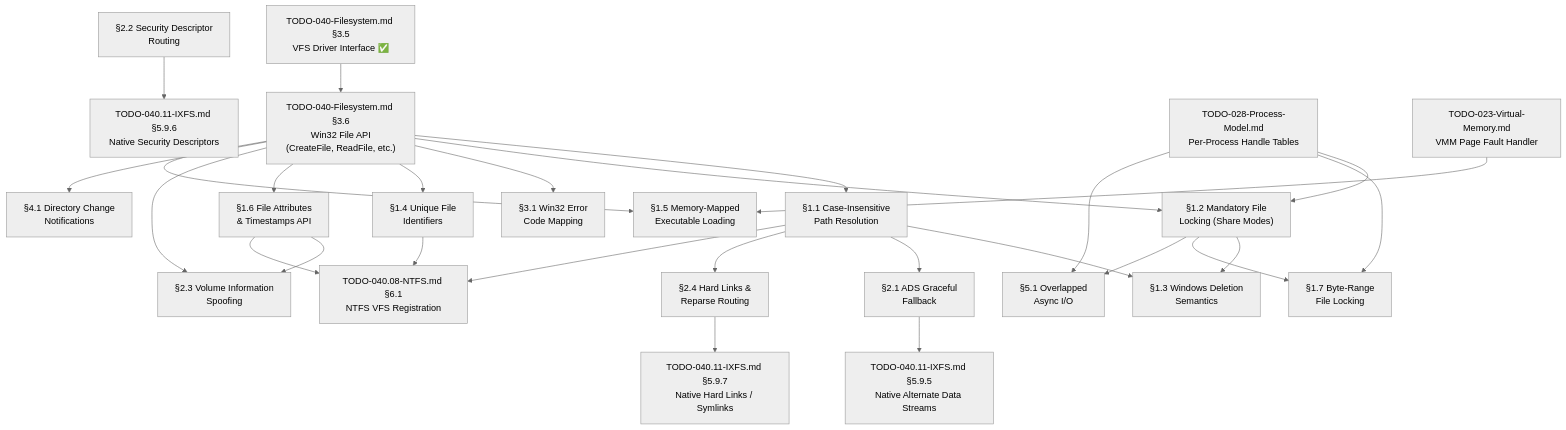
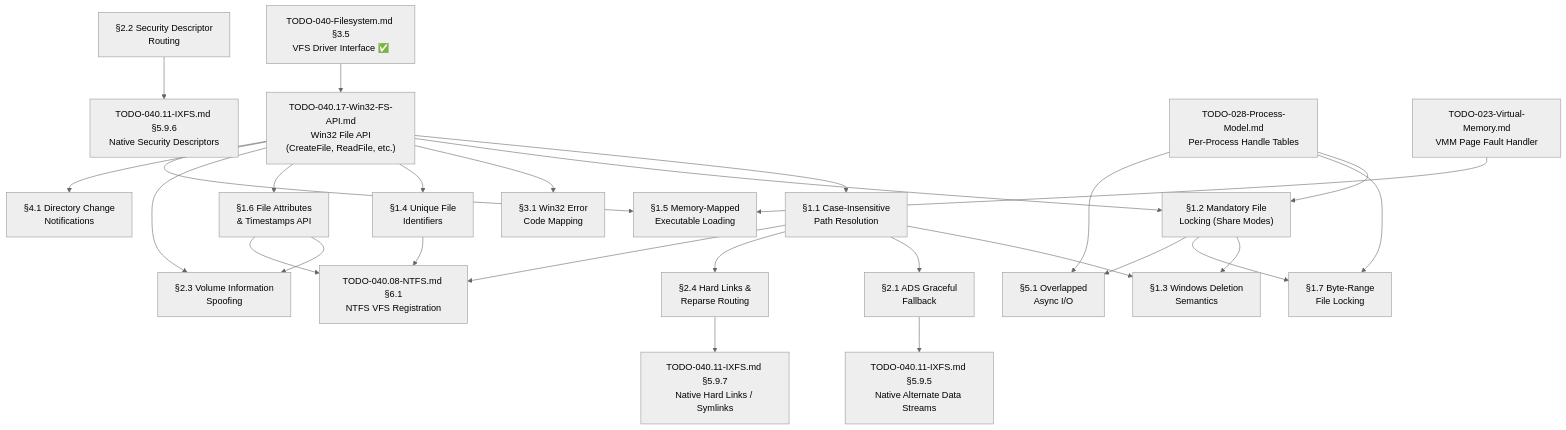
Before and after one commit to rizonesoft/impossible-os: the diagram in todo/010-Kernel-Foundations/TODO-040-Filesystem/TODO-040.07-VFS.md, drawn with Mermaid (neutral theme). The commit also changed other lines of this file and 14 other files, not shown here.

Commit message:
todo: add TODO-040.18 ISO 9660 / ECMA-119 roadmap

````diff
--- a/todo/010-Kernel-Foundations/TODO-040-Filesystem/TODO-040.07-VFS.md
+++ b/todo/010-Kernel-Foundations/TODO-040-Filesystem/TODO-040.07-VFS.md
@@ -15,53 +24,53 @@
 ```mermaid
 graph TD
-    FAPI["TODO-040-Filesystem.md §3.6\nWin32 File API\n(CreateFile, ReadFile, etc.)"]
+    FAPI["TODO-040.17-Win32-FS-API.md\nWin32 File API\n(CreateFile, ReadFile, etc.)"]
     VFS35["TODO-040-Filesystem.md §3.5\nVFS Driver Interface ✅"]
     IXADS["TODO-040.11-IXFS.md §5.9.5\nNative Alternate Data Streams"]
     IXACL["TODO-040.11-IXFS.md §5.9.6\nNative Security Descriptors"]
     IXLINK["TODO-040.11-IXFS.md §5.9.7\nNative Hard Links / Symlinks"]
     NTFS["TODO-040.08-NTFS.md §6.1\nNTFS VFS Registration"]
     PROC["TODO-028-Process-Model.md\nPer-Process Handle Tables"]
     VMM["TODO-023-Virtual-Memory.md\nVMM Page Fault Handler"]
 
     A["§1.1 Case-Insensitive\nPath Resolution"]
     B["§1.2 Mandatory File\nLocking (Share Modes)"]
     C["§1.3 Windows Deletion\nSemantics"]
     D["§1.4 Unique File\nIdentifiers"]
     E["§1.5 Memory-Mapped\nExecutable Loading"]
     F["§1.6 File Attributes\n& Timestamps API"]
     G["§1.7 Byte-Range\nFile Locking"]
     H["§2.1 ADS Graceful\nFallback"]
     I["§2.2 Security Descriptor\nRouting"]
     J["§2.3 Volume Information\nSpoofing"]
     K["§2.4 Hard Links &\nReparse Routing"]
     L["§3.1 Win32 Error\nCode Mapping"]
     M["§4.1 Directory Change\nNotifications"]
     N["§5.1 Overlapped\nAsync I/O"]
 
     VFS35 --> FAPI
     FAPI --> A
     FAPI --> B
     FAPI --> L
     B --> C
     A --> C
     FAPI --> D
     FAPI --> F
     A --> H
     H --> IXADS
     I --> IXACL
     K --> IXLINK
     A --> K
     B --> G
     FAPI --> J
     F --> J
     FAPI --> M
     FAPI --> E
     VMM --> E
     PROC --> B
     PROC --> G
     PROC --> N
     D --> NTFS
     A --> NTFS
     F --> NTFS
     B --> N
 ```
````
